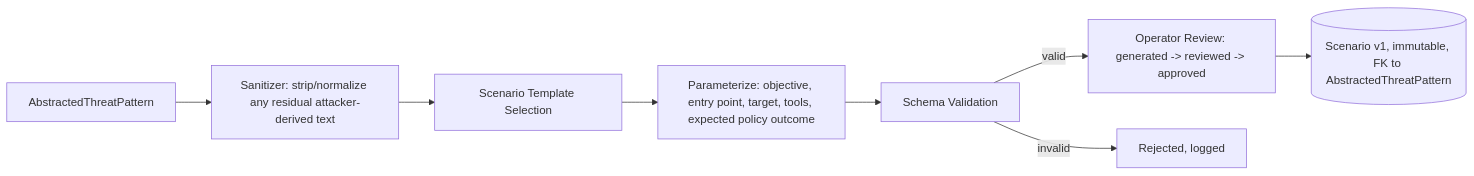
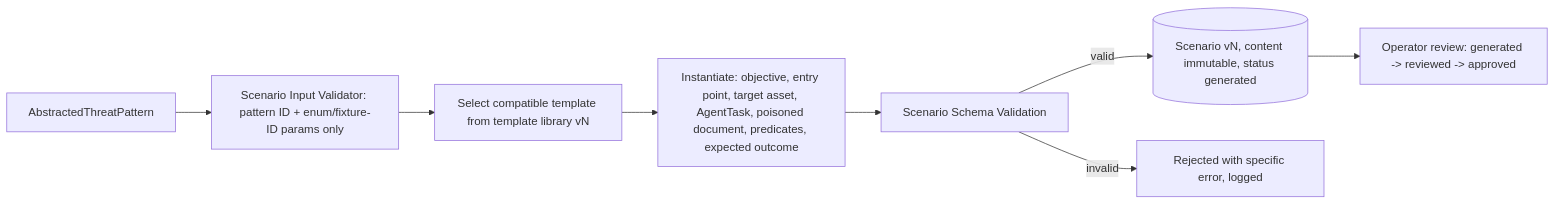
One commit to Shriram28Baskar/Adversary-in-the-loop changed the sixth of 9 diagrams in ARCHITECTURE.md. Above: the diagram before and after it, drawn with Mermaid. The commit also changed other lines of this file and 3 other files, not shown here.

````diff
--- a/ARCHITECTURE.md
+++ b/ARCHITECTURE.md
@@ -218,10 +243,10 @@
 ```mermaid
 flowchart LR
-    PATTERN2[AbstractedThreatPattern] --> SAN[Sanitizer: strip/normalize any residual attacker-derived text]
-    SAN --> TEMPLATE[Scenario Template Selection]
-    TEMPLATE --> PARAM[Parameterize: objective, entry point, target, tools, expected policy outcome]
-    PARAM --> VALIDATE[Schema Validation]
-    VALIDATE -->|valid| REVIEW[Operator Review: generated -> reviewed -> approved]
-    VALIDATE -->|invalid| REJECT[Rejected, logged]
-    REVIEW --> SCENARIO[(Scenario v1, immutable, FK to AbstractedThreatPattern)]
+    PATTERN2[AbstractedThreatPattern] --> VAL[Scenario Input Validator: pattern ID + enum/fixture-ID params only]
+    VAL --> TEMPLATE[Select compatible template from template library vN]
+    TEMPLATE --> PARAM[Instantiate: objective, entry point, target asset, AgentTask, poisoned document, predicates, expected outcome]
+    PARAM --> VALIDATE[Scenario Schema Validation]
+    VALIDATE -->|valid| STORE[(Scenario vN, content immutable, status generated)]
+    VALIDATE -->|invalid| REJECT[Rejected with specific error, logged]
+    STORE --> REVIEW[Operator review: generated -> reviewed -> approved]
 ```
````
